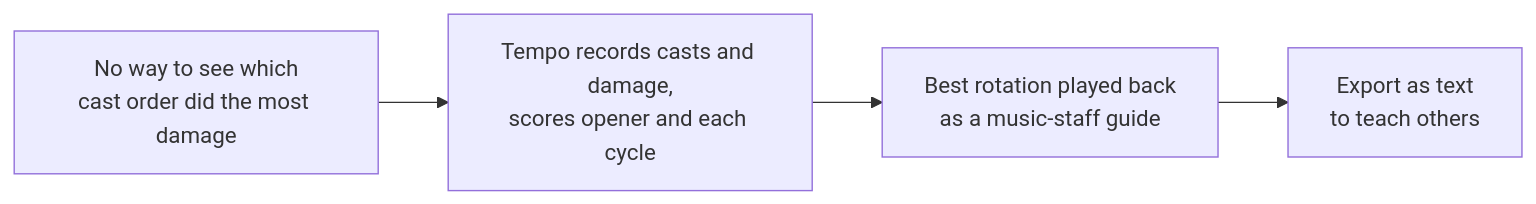
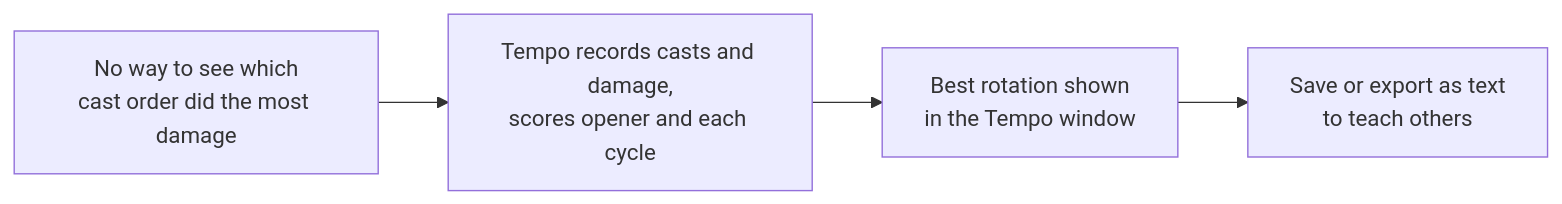
Before and after one commit to PhillypHenning/grimoire: the first of 2 diagrams in docs/features/tempo/README.md, drawn with Mermaid. The commit also changed other lines of this file and 25 other files, not shown here.

````diff
--- a/docs/features/tempo/README.md
+++ b/docs/features/tempo/README.md
@@ -14,5 +15,5 @@
 ```mermaid
 flowchart LR
-    A[No way to see which<br/>cast order did the most damage] --> B[Tempo records casts and damage,<br/>scores opener and each cycle] --> C[Best rotation played back<br/>as a music-staff guide]
-    C --> D[Export as text<br/>to teach others]
+    A[No way to see which<br/>cast order did the most damage] --> B[Tempo records casts and damage,<br/>scores opener and each cycle] --> C[Best rotation shown<br/>in the Tempo window]
+    C --> D[Save or export as text<br/>to teach others]
 ```
````
